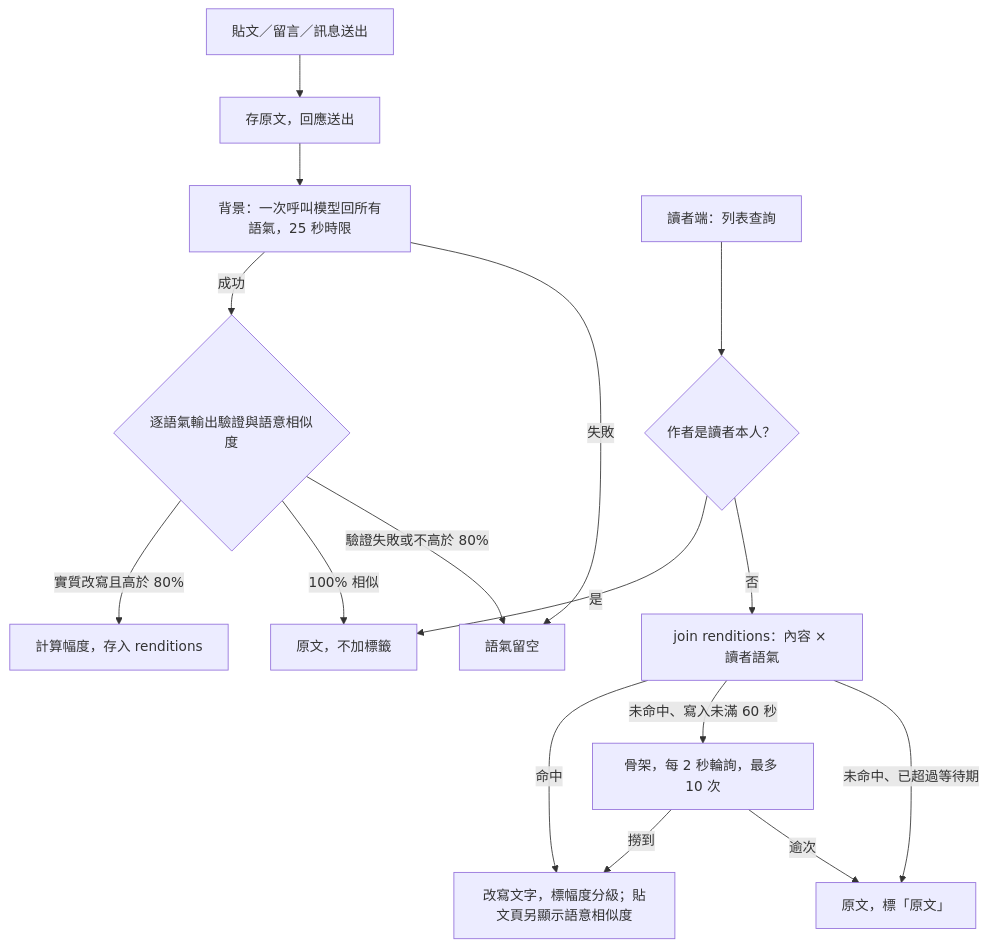
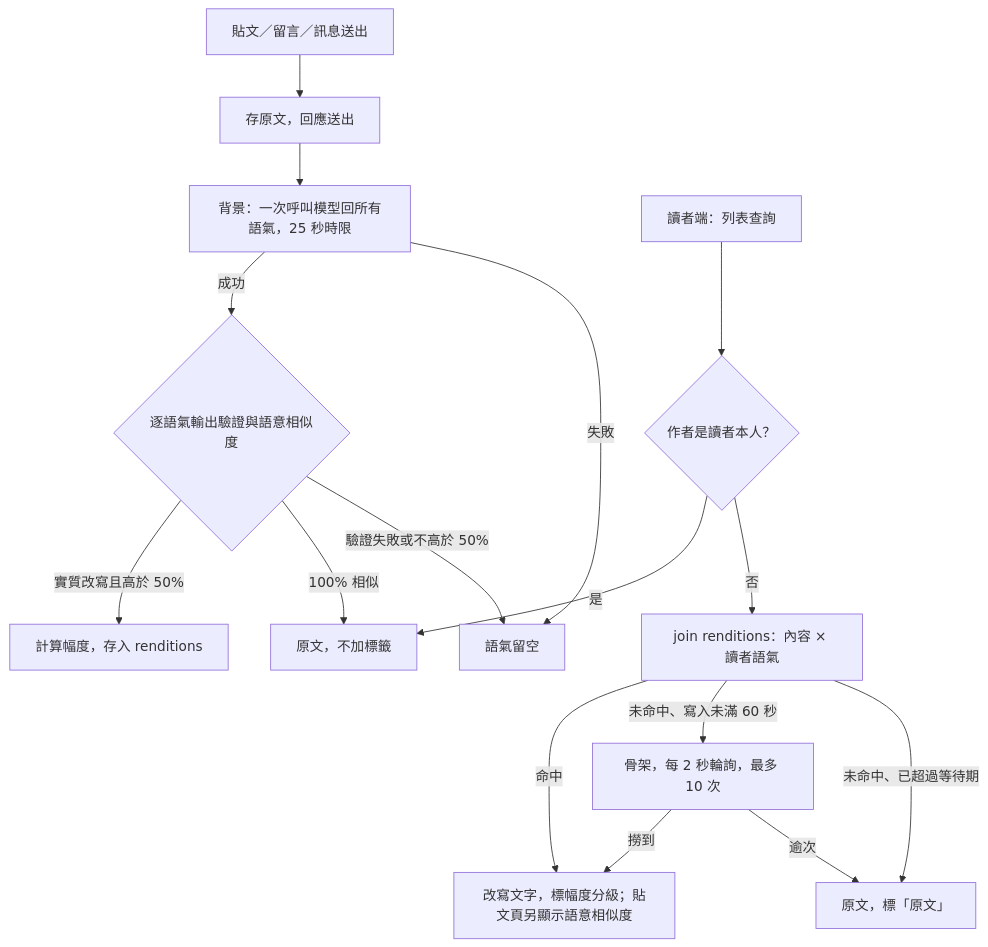
Before and after one commit to yeeway0609/ai-social: the diagram in backlog/docs/ai-social/doc-002 - 語氣改寫引擎-PRD.md, drawn with Mermaid. The commit also changed other lines of this file and 1 other file, not shown here.

Commit message:
docs(spec): 語意相似度門檻改為 50%，補 decision-021

````diff
--- a/backlog/docs/ai-social/doc-002 - 語氣改寫引擎-PRD.md
+++ b/backlog/docs/ai-social/doc-002 - 語氣改寫引擎-PRD.md
@@ -94,18 +94,18 @@
 ```mermaid
 flowchart TD
   W[貼文／留言／訊息送出] --> S[存原文，回應送出]
   S --> P[背景：一次呼叫模型回所有語氣，25 秒時限]
   P -- 成功 --> Q{逐語氣輸出驗證與語意相似度}
-  Q -- 實質改寫且高於 80% --> R[計算幅度，存入 renditions]
+  Q -- 實質改寫且高於 50% --> R[計算幅度，存入 renditions]
   Q -- 100% 相似 --> Y
-  Q -- 驗證失敗或不高於 80% --> X
+  Q -- 驗證失敗或不高於 50% --> X
   P -- 失敗 --> X[語氣留空]
   A[讀者端：列表查詢] --> B{作者是讀者本人？}
   B -- 是 --> Y[原文，不加標籤]
   B -- 否 --> C[join renditions：內容 × 讀者語氣]
   C -- 命中 --> H[改寫文字，標幅度分級；貼文頁另顯示語意相似度]
   C -- 未命中、寫入未滿 60 秒 --> D[骨架，每 2 秒輪詢，最多 10 次]
   D -- 撈到 --> H
   D -- 逾次 --> Z[原文，標「原文」]
   C -- 未命中、已超過等待期 --> Z
 ```
````
